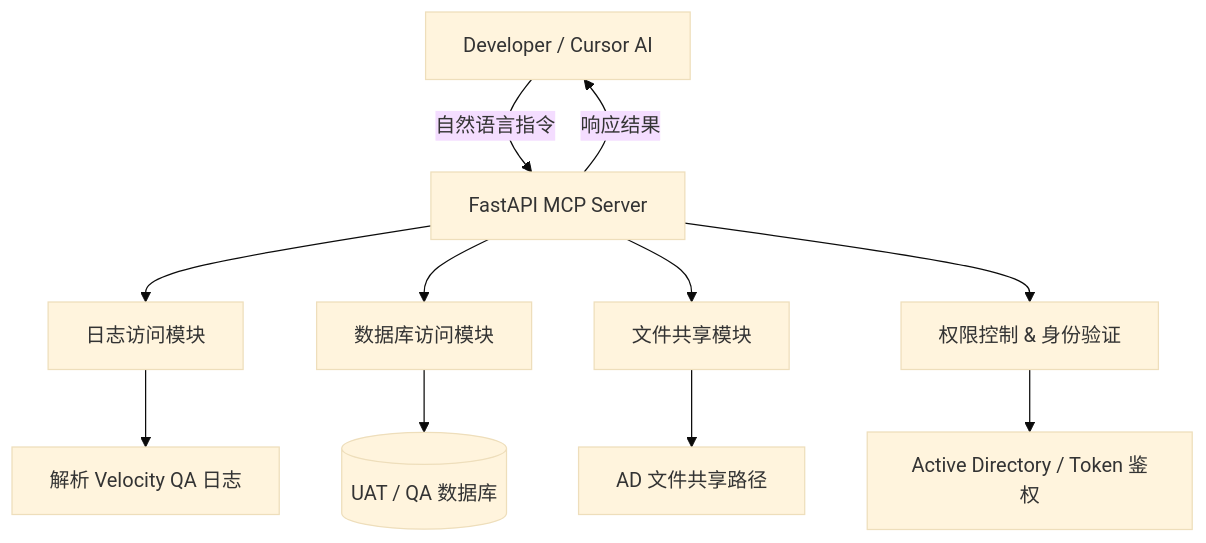
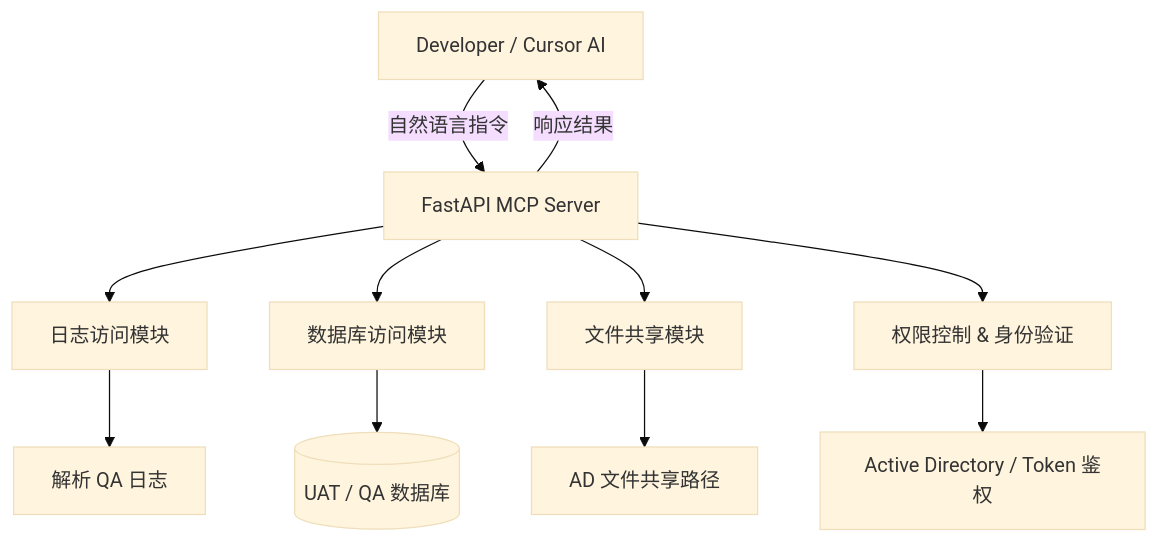
The diagram in AI/MCP/ai_devops_developer_productivity.md (uwspstar/From-Zero-to-Hero), drawn with Mermaid (base theme) before and after one commit. The commit also changed other lines of this file, not shown here.

````diff
--- a/AI/MCP/ai_devops_developer_productivity.md
+++ b/AI/MCP/ai_devops_developer_productivity.md
@@ -92,17 +92,17 @@
 ```mermaid
 flowchart TD
     A[Developer / Cursor AI] -->|自然语言指令| B[FastAPI MCP Server]
 
     B --> C1[日志访问模块]
     B --> C2[数据库访问模块]
     B --> C3[文件共享模块]
     B --> D[权限控制 & 身份验证]
 
-    C1 --> L1[解析 Velocity QA 日志]
+    C1 --> L1[解析 QA 日志]
     C2 --> DB[(UAT / QA 数据库)]
     C3 --> FS[AD 文件共享路径]
 
     D --> AD[Active Directory / Token 鉴权]
 
     B -->|响应结果| A
 ```
````
